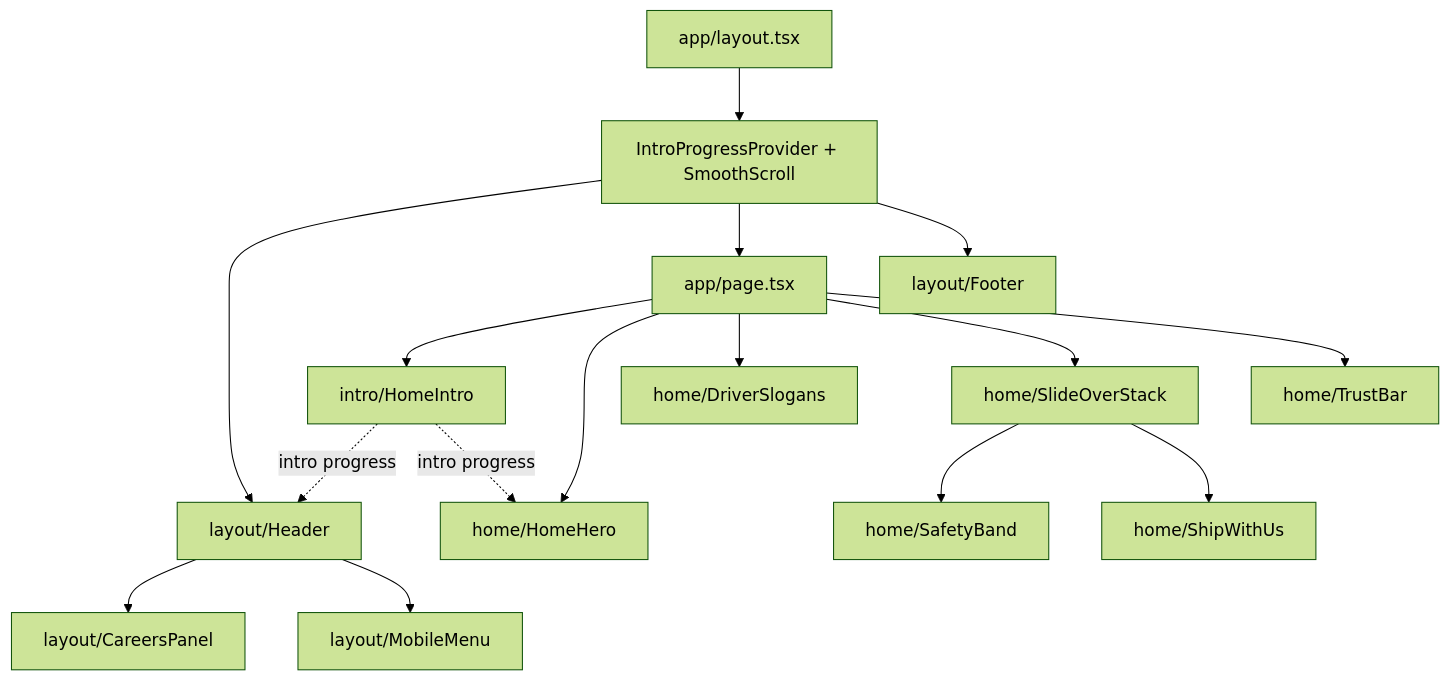
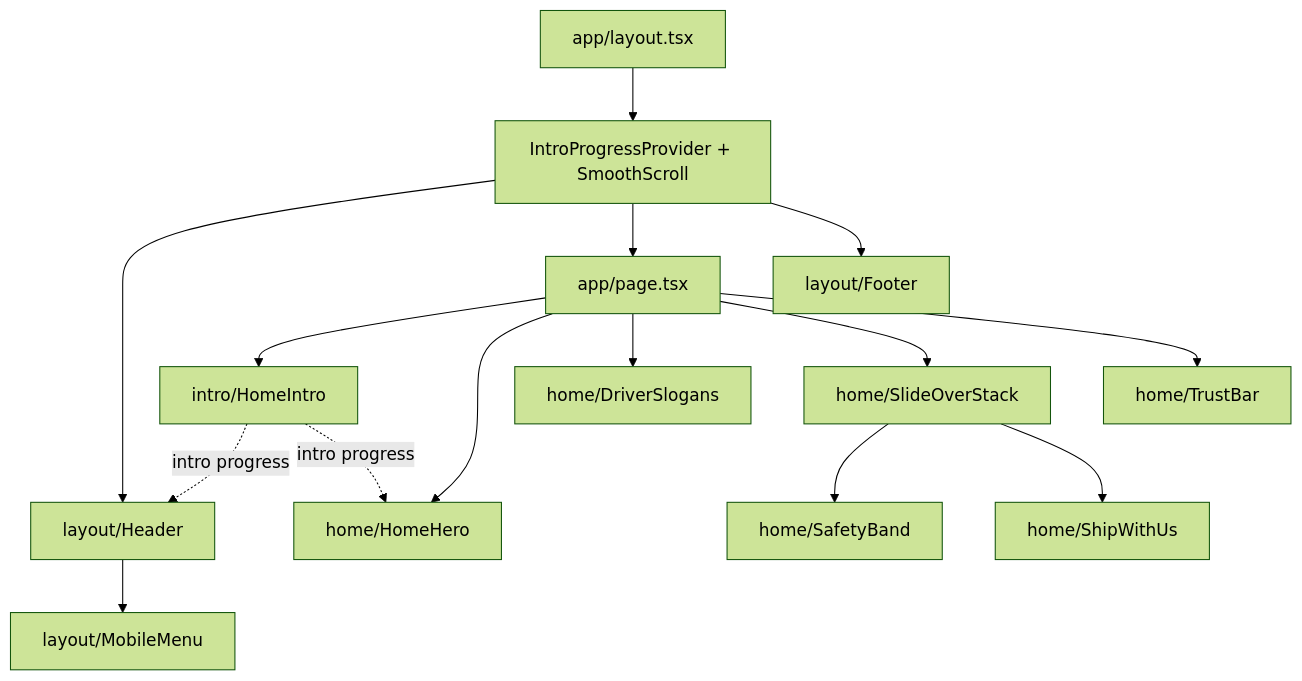
One commit to stadlerv3311/laughing-dollop changed the diagram in docs/NAVIGATION.md. Above: the diagram before and after it, drawn with Mermaid (forest theme). The commit also changed other lines of this file and 29 other files, not shown here.

````diff
--- a/docs/NAVIGATION.md
+++ b/docs/NAVIGATION.md
@@ -59,18 +61,17 @@
 ```mermaid
 flowchart TD
   Layout["app/layout.tsx"] --> Providers["IntroProgressProvider + SmoothScroll"]
   Providers --> Header["layout/Header"]
   Providers --> Page["app/page.tsx"]
   Providers --> Footer["layout/Footer"]
-  Header --> CareersPanel["layout/CareersPanel"]
   Header --> MobileMenu["layout/MobileMenu"]
   Page --> HomeIntro["intro/HomeIntro"]
   Page --> HomeHero["home/HomeHero"]
   Page --> DriverSlogans["home/DriverSlogans"]
   Page --> SlideOverStack["home/SlideOverStack"]
   SlideOverStack --> SafetyBand["home/SafetyBand"]
   SlideOverStack --> ShipWithUs["home/ShipWithUs"]
   Page --> TrustBar["home/TrustBar"]
   HomeIntro -. "intro progress" .-> Header
   HomeIntro -. "intro progress" .-> HomeHero
 ```
````
